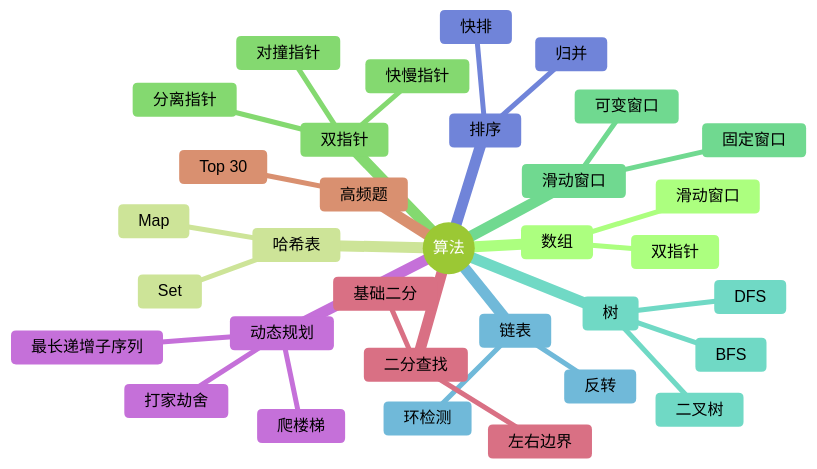
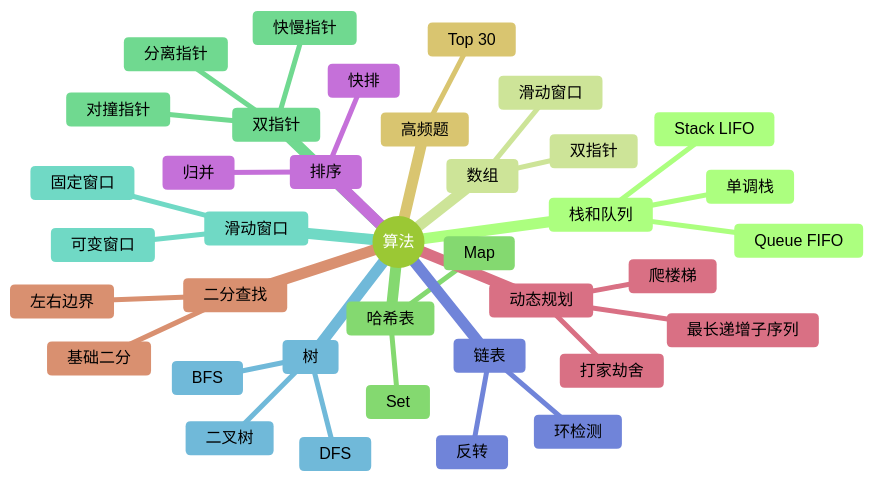
One commit to zjh42139/interview-notes changed the diagram in docs/算法/index.md. Above: the diagram before and after it, drawn with Mermaid (forest theme). The commit also changed other lines of this file and 12 other files, not shown here.

````diff
--- a/docs/算法/index.md
+++ b/docs/算法/index.md
@@ -17,36 +17,40 @@
 ```mermaid
 mindmap
   root((算法))
+    栈和队列
+      Stack LIFO
+      Queue FIFO
+      单调栈
     数组
       双指针
       滑动窗口
     哈希表
       Map
       Set
     双指针
       对撞指针
       快慢指针
       分离指针
     滑动窗口
       固定窗口
       可变窗口
     树
       二叉树
       DFS
       BFS
     链表
       反转
       环检测
     排序
       快排
       归并
     动态规划
       爬楼梯
       打家劫舍
       最长递增子序列
     二分查找
       基础二分
       左右边界
     高频题
       Top 30
 ```
````
